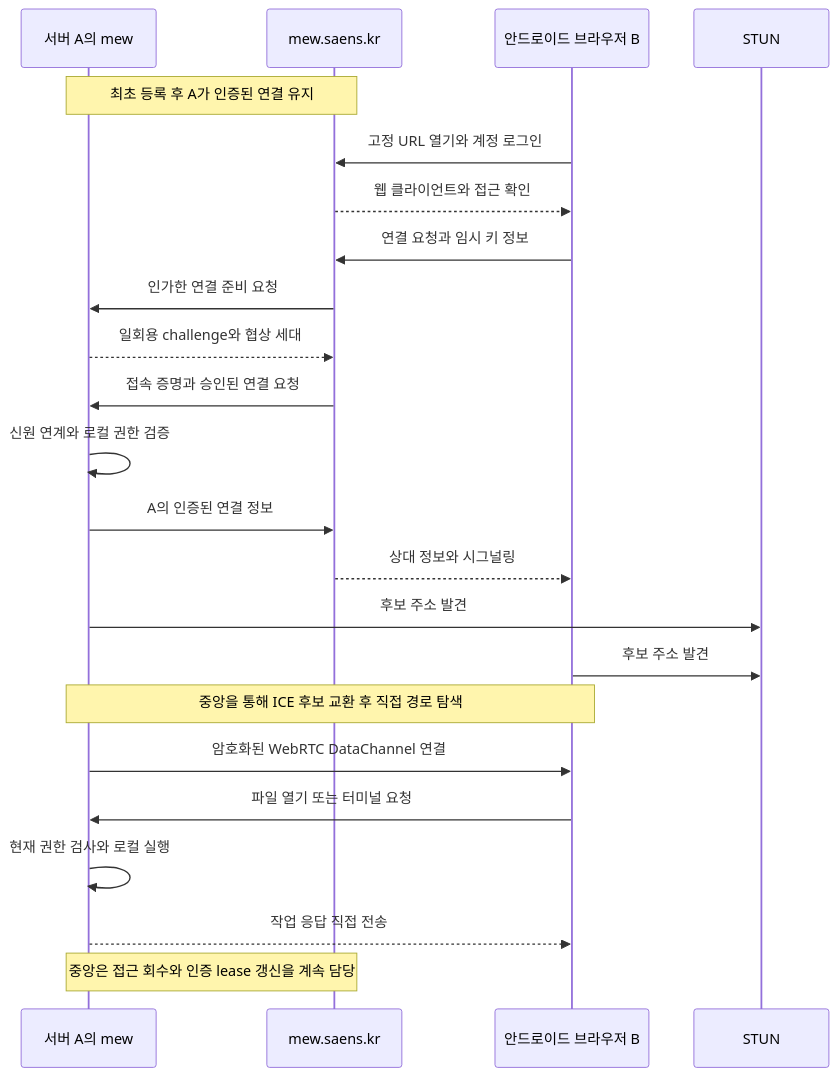
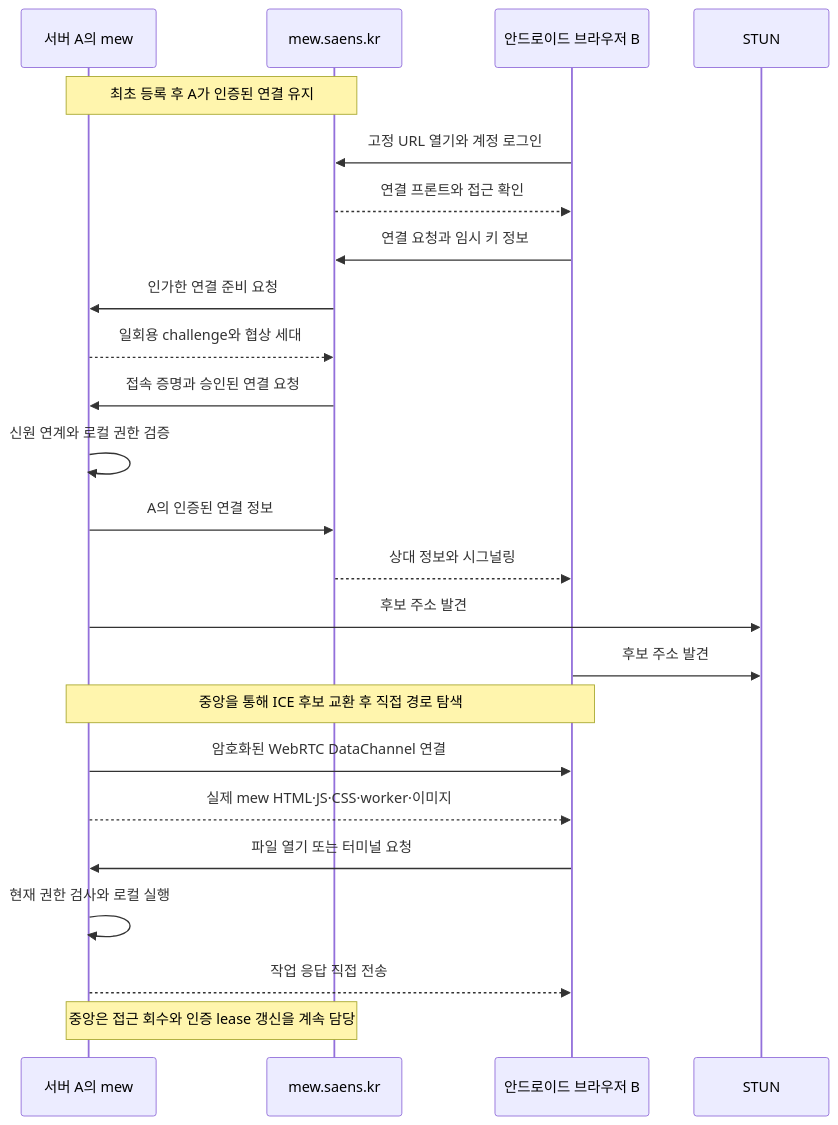
Before and after one commit to liiiiv-life/mew: the diagram in docs/tasks/mew 중계 기능 만들기.md, drawn with Mermaid. The commit also changed other lines of this file and 17 other files, not shown here.

````diff
--- a/docs/tasks/mew 중계 기능 만들기.md
+++ b/docs/tasks/mew 중계 기능 만들기.md
@@ -120,25 +122,26 @@
 ```mermaid
 sequenceDiagram
     participant A as 서버 A의 mew
     participant M as mew.saens.kr
     participant B as 안드로이드 브라우저 B
     participant S as STUN
     Note over A,M: 최초 등록 후 A가 인증된 연결 유지
     B->>M: 고정 URL 열기와 계정 로그인
-    M-->>B: 웹 클라이언트와 접근 확인
+    M-->>B: 연결 프론트와 접근 확인
     B->>M: 연결 요청과 임시 키 정보
     M->>A: 인가한 연결 준비 요청
     A-->>M: 일회용 challenge와 협상 세대
     M->>A: 접속 증명과 승인된 연결 요청
     A->>A: 신원 연계와 로컬 권한 검증
     A->>M: A의 인증된 연결 정보
     M-->>B: 상대 정보와 시그널링
     A->>S: 후보 주소 발견
     B->>S: 후보 주소 발견
     Note over A,B: 중앙을 통해 ICE 후보 교환 후 직접 경로 탐색
     A->>B: 암호화된 WebRTC DataChannel 연결
+    A-->>B: 실제 mew HTML·JS·CSS·worker·이미지
     B->>A: 파일 열기 또는 터미널 요청
     A->>A: 현재 권한 검사와 로컬 실행
     A-->>B: 작업 응답 직접 전송
     Note over A,M: 중앙은 접근 회수와 인증 lease 갱신을 계속 담당
 ```
````
